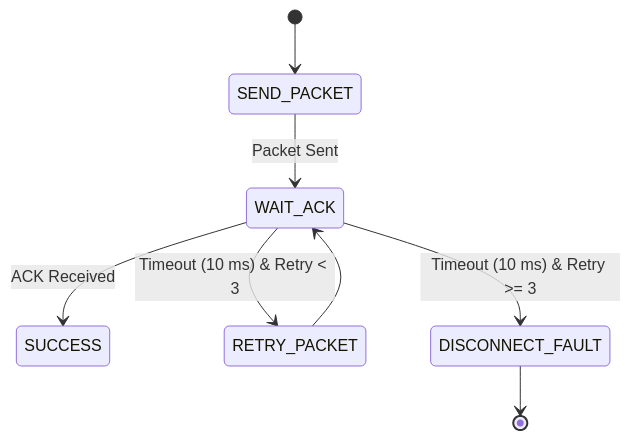
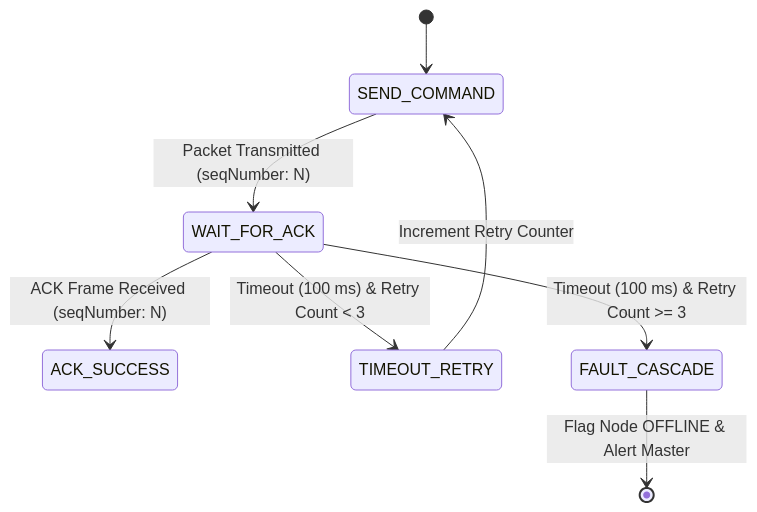
The diagram in main_site/docs/09_Communication/Retry_System.md (sakxam-xeetri/prayas), drawn with Mermaid before and after one commit. The commit also changed other lines of this file and 35 other files, not shown here.

Commit message:
docs: establish technical documentation and site architecture for PRAYAS V1 control and communication subsystems.

````diff
--- a/main_site/docs/09_Communication/Retry_System.md
+++ b/main_site/docs/09_Communication/Retry_System.md
@@ -9,13 +12,13 @@
 ```mermaid
 stateDiagram-v2
-    [*] --> SEND_PACKET
-    SEND_PACKET --> WAIT_ACK : Packet Sent
+    [*] --> SEND_COMMAND
+    SEND_COMMAND --> WAIT_FOR_ACK : Packet Transmitted (seqNumber: N)
     
-    WAIT_ACK --> SUCCESS : ACK Received
+    WAIT_FOR_ACK --> ACK_SUCCESS : ACK Frame Received (seqNumber: N)
     
-    WAIT_ACK --> RETRY_PACKET : Timeout (10 ms) & Retry < 3
-    RETRY_PACKET --> WAIT_ACK
+    WAIT_FOR_ACK --> TIMEOUT_RETRY : Timeout (100 ms) & Retry Count < 3
+    TIMEOUT_RETRY --> SEND_COMMAND : Increment Retry Counter
     
-    WAIT_ACK --> DISCONNECT_FAULT : Timeout (10 ms) & Retry >= 3
-    DISCONNECT_FAULT --> [*]
+    WAIT_FOR_ACK --> FAULT_CASCADE : Timeout (100 ms) & Retry Count >= 3
+    FAULT_CASCADE --> [*] : Flag Node OFFLINE & Alert Master
 ```
````
